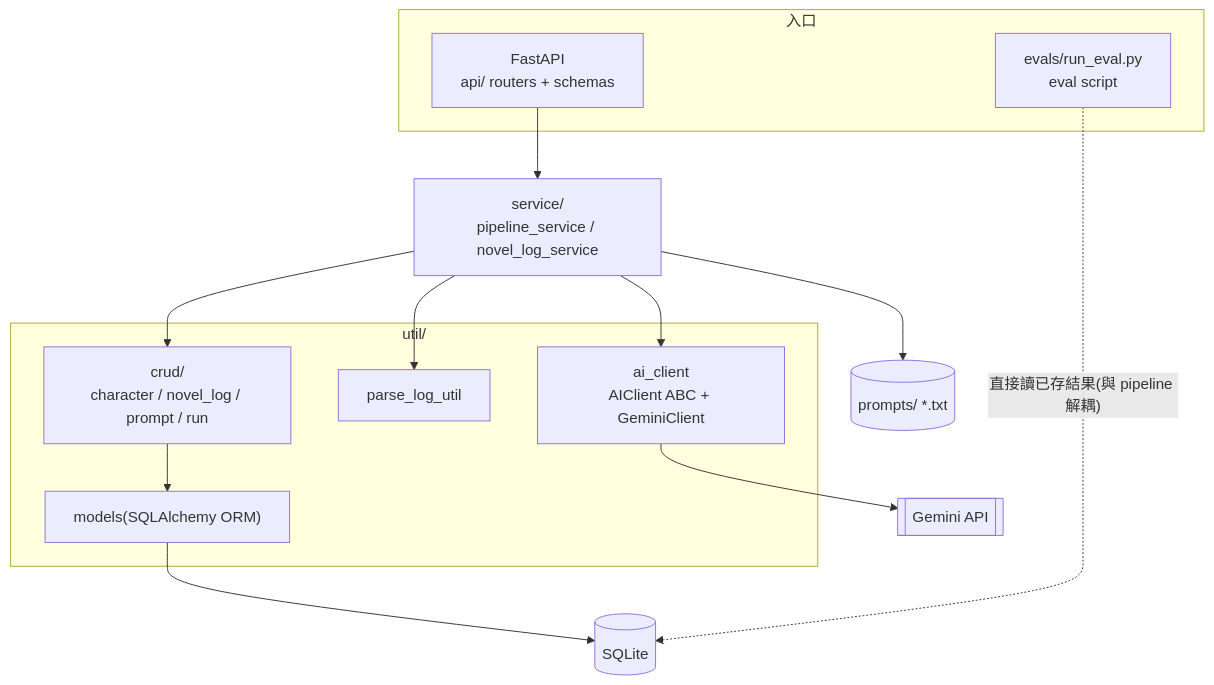
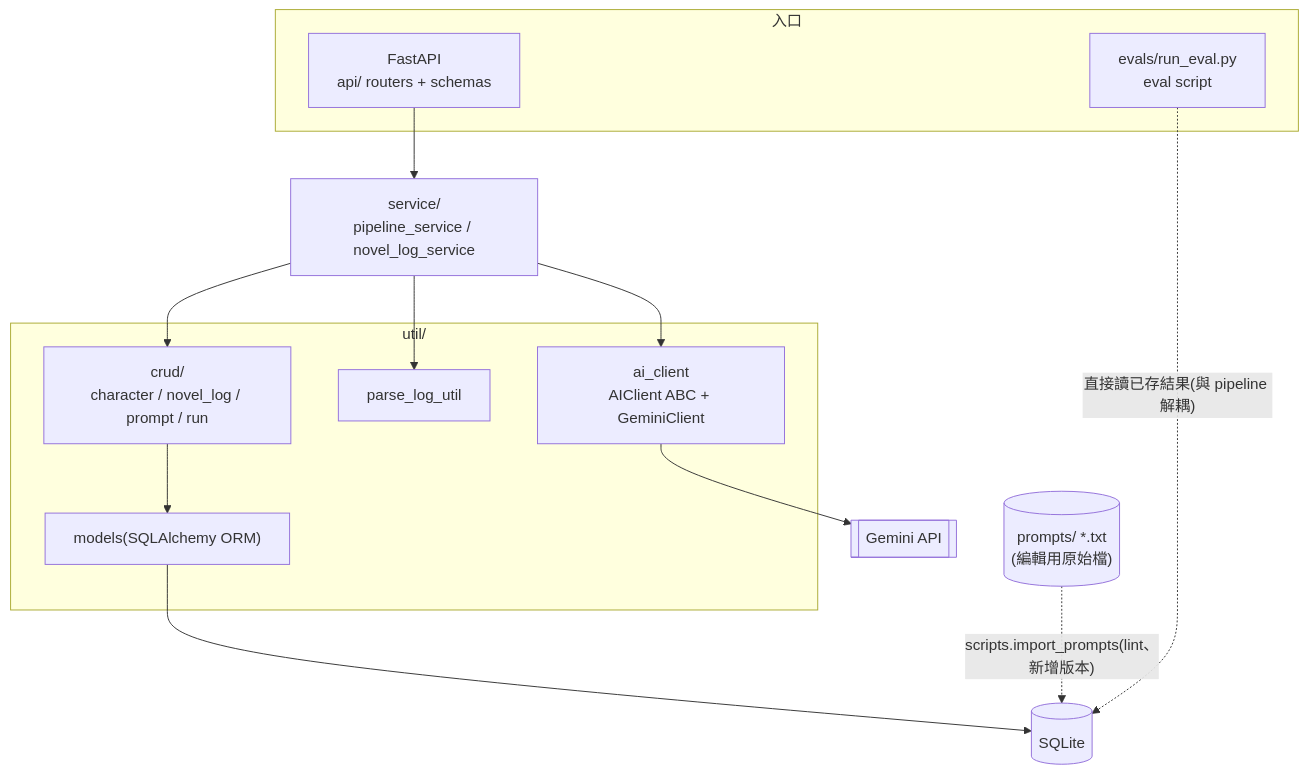
One commit to weifhsiao/narrative-analysis-pipeline changed the diagram in README.zh-TW.md. Above: the diagram before and after it, drawn with Mermaid. The commit also changed other lines of this file and 1 other file, not shown here.

Commit message:
docs: README for DB-backed versioned prompts

````diff
--- a/README.zh-TW.md
+++ b/README.zh-TW.md
@@ -17,27 +17,27 @@
 ```mermaid
 flowchart TB
     subgraph entries["入口"]
         API["FastAPI<br/>api/ routers + schemas"]
         EvalScript["evals/run_eval.py<br/>eval script"]
     end
 
     Service["service/<br/>pipeline_service / novel_log_service"]
 
     subgraph util["util/"]
         AIClient["ai_client<br/>AIClient ABC + GeminiClient"]
         Parser["parse_log_util"]
         CRUD["crud/<br/>character / novel_log / prompt / run"]
         Models["models(SQLAlchemy ORM)"]
     end
 
-    Prompts[("prompts/ *.txt")]
+    Prompts[("prompts/ *.txt<br/>(編輯用原始檔)")]
     DB[("SQLite")]
     Gemini[["Gemini API"]]
 
     API --> Service
     Service --> Parser
-    Service --> Prompts
     Service --> AIClient --> Gemini
     Service --> CRUD --> Models --> DB
+    Prompts -. "scripts.import_prompts(lint、新增版本)" .-> DB
     EvalScript -. "直接讀已存結果(與 pipeline 解耦)" .-> DB
 ```
````
